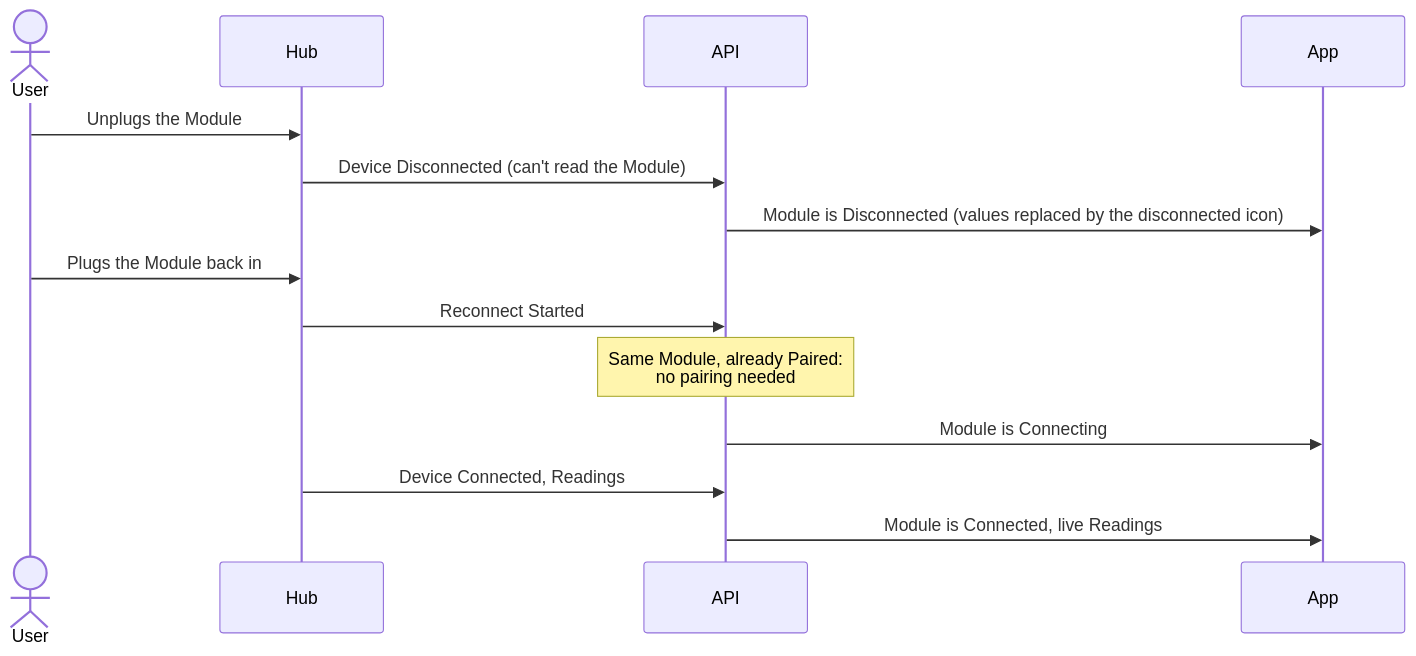
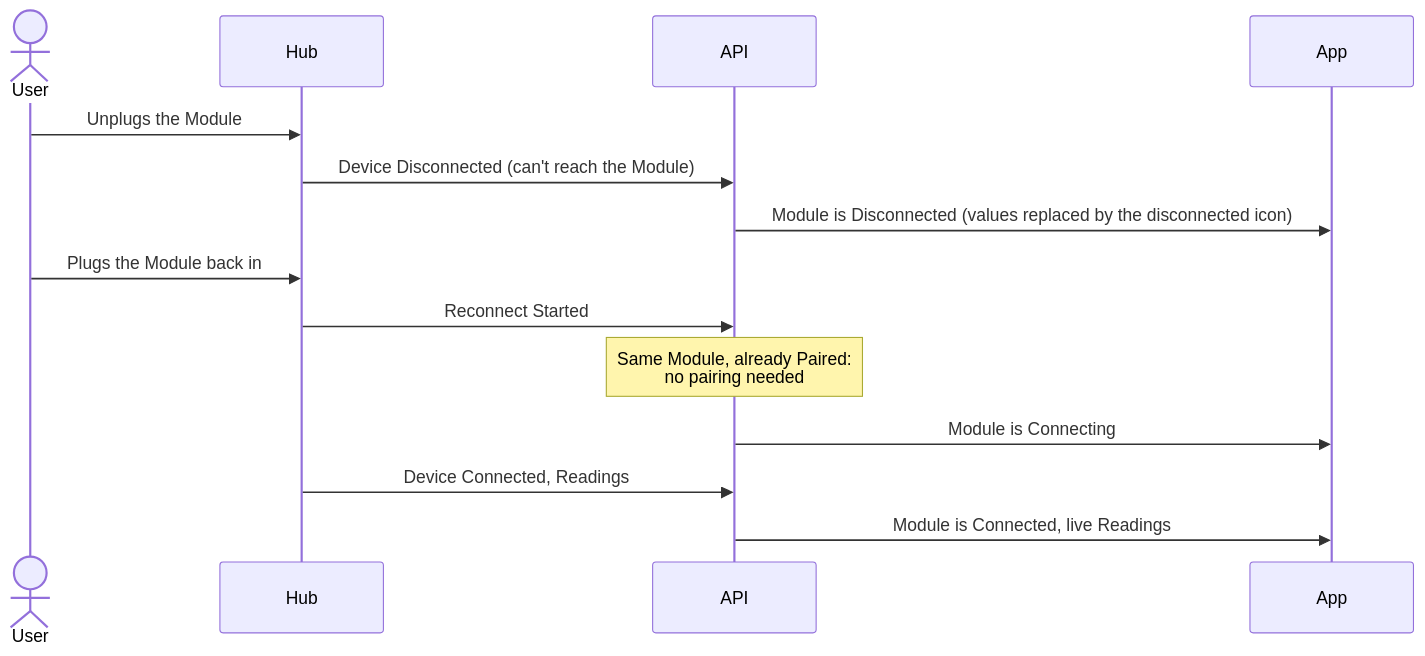
Before and after one commit to Detriz-dev/smart-home-kit: the ninth of 10 diagrams in kit/apps/docs-site/docs/domain-model/device-lifecycle.mdx, drawn with Mermaid. The commit also changed other lines of this file and 11 other files, not shown here.

````diff
--- a/kit/apps/docs-site/docs/domain-model/device-lifecycle.mdx
+++ b/kit/apps/docs-site/docs/domain-model/device-lifecycle.mdx
@@ -196,17 +233,17 @@
 ```mermaid
 sequenceDiagram
     actor User
     participant Hub
     participant API
     participant App
 
     User->>Hub: Unplugs the Module
-    Hub->>API: Device Disconnected (can't read the Module)
+    Hub->>API: Device Disconnected (can't reach the Module)
     API->>App: Module is Disconnected (values replaced by the disconnected icon)
     User->>Hub: Plugs the Module back in
     Hub->>API: Reconnect Started
     Note over API: Same Module, already Paired:<br/>no pairing needed
     API->>App: Module is Connecting
     Hub->>API: Device Connected, Readings
     API->>App: Module is Connected, live Readings
 ```
````
